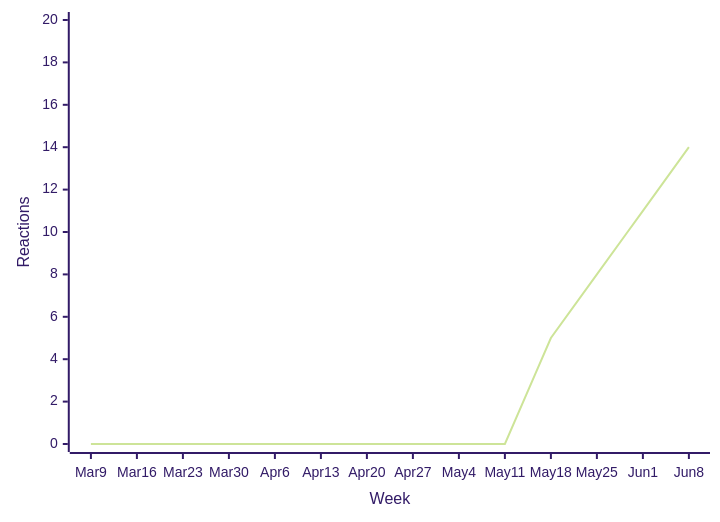
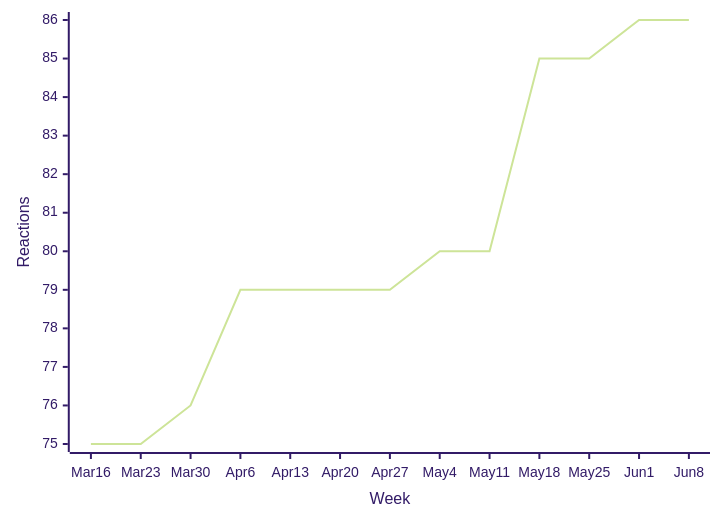
One commit to loic-sharma/github-insights changed diagram 12 of 45 in README.md. Above: the diagram before and after it, drawn with Mermaid (forest theme). The commit also changed other lines of this file and 3 other files, not shown here.

````diff
--- a/README.md
+++ b/README.md
@@ -526,6 +526,6 @@
   ```mermaid
   xychart-beta
-    x-axis "Week" [Mar 9, Mar 16, Mar 23, Mar 30, Apr 6, Apr 13, Apr 20, Apr 27, May 4, May 11, May 18, May 25, Jun 1, Jun 8]
-    y-axis "Reactions" 0 --> 20
-    line [0, 0, 0, 0, 0, 0, 0, 0, 0, 0, 5, 8, 11, 14]
+    x-axis "Week" [Mar 16, Mar 23, Mar 30, Apr 6, Apr 13, Apr 20, Apr 27, May 4, May 11, May 18, May 25, Jun 1, Jun 8]
+    y-axis "Reactions"
+    line [75, 75, 76, 79, 79, 79, 79, 80, 80, 85, 85, 86, 86]
   ```
````
